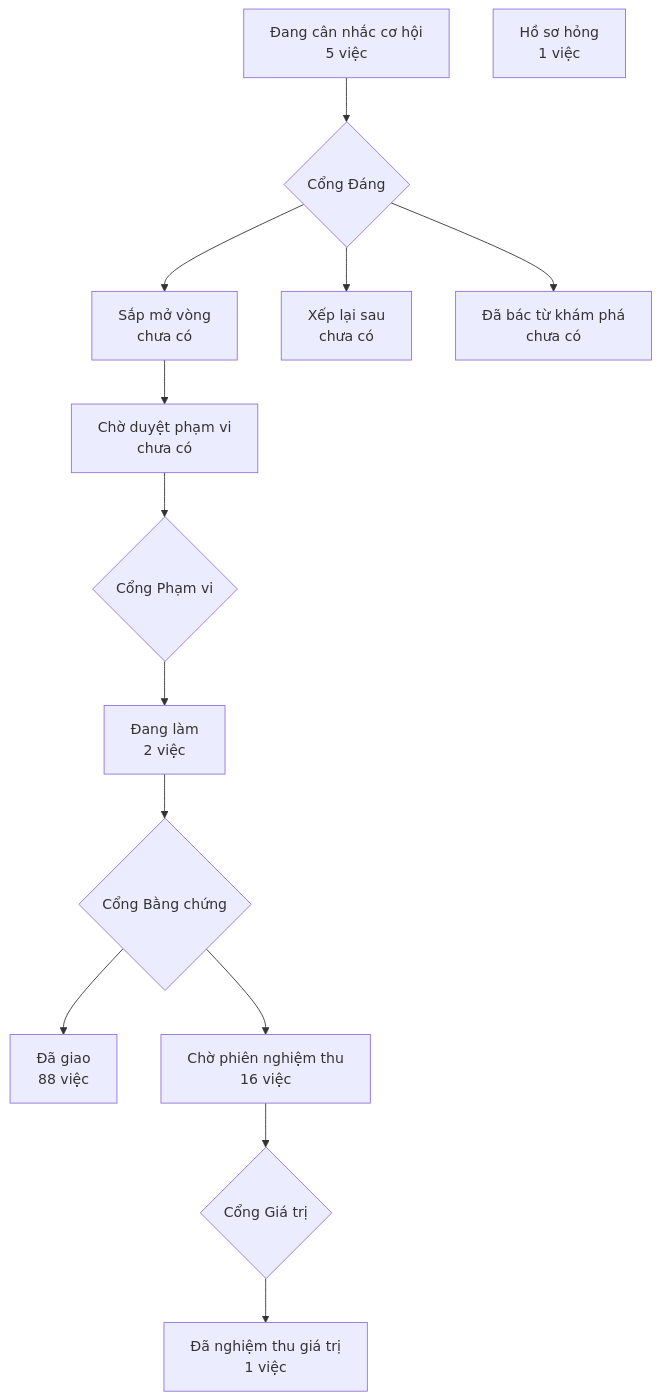
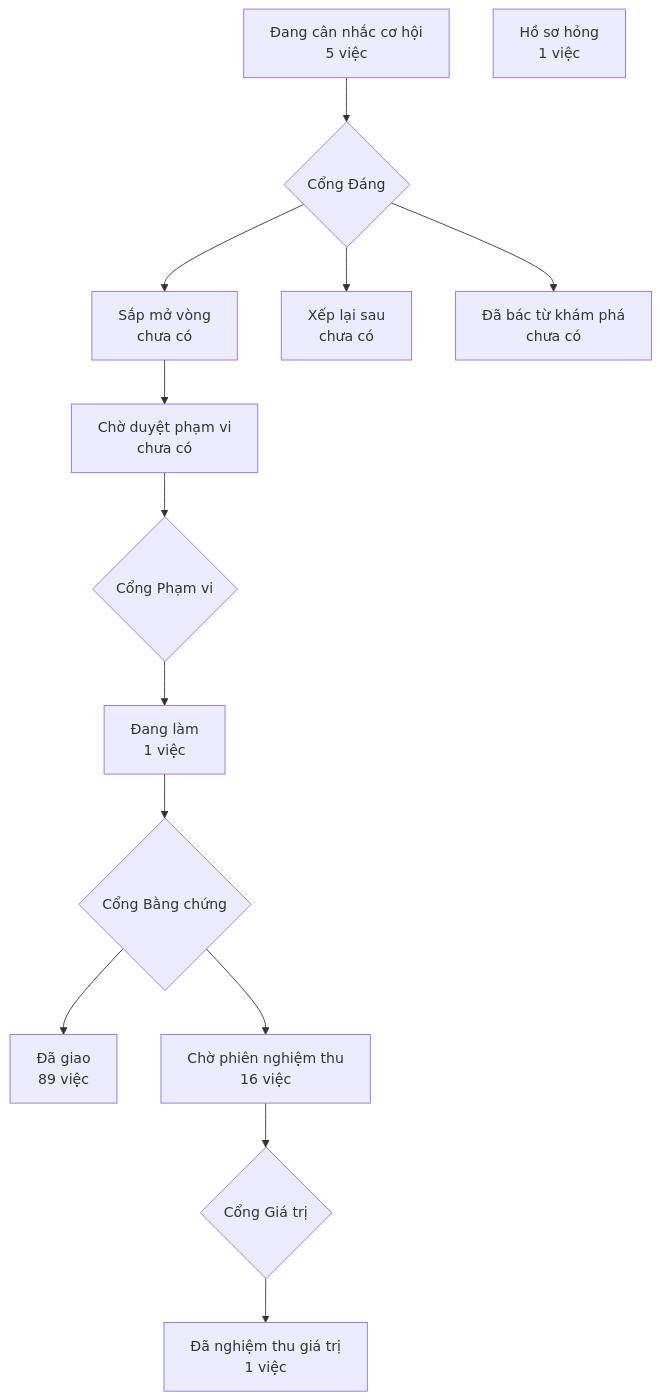
One commit to phanlemanh/crm-onehub changed the diagram in PRODUCT-MAP.md. Above: the diagram before and after it, drawn with Mermaid. The commit also changed 6 other files, not shown here.

````diff
--- a/PRODUCT-MAP.md
+++ b/PRODUCT-MAP.md
@@ -6,13 +6,13 @@
 ```mermaid
 flowchart TD
   A["Đang cân nhắc cơ hội<br/>5 việc"] --> GD{"Cổng Đáng"}
   GD --> B["Sắp mở vòng<br/>chưa có"]
   GD --> XL["Xếp lại sau<br/>chưa có"]
   GD --> DB["Đã bác từ khám phá<br/>chưa có"]
   B --> CD["Chờ duyệt phạm vi<br/>chưa có"] --> GP{"Cổng Phạm vi"}
-  GP --> DL["Đang làm<br/>2 việc"] --> GB{"Cổng Bằng chứng"}
-  GB --> DG["Đã giao<br/>88 việc"]
+  GP --> DL["Đang làm<br/>1 việc"] --> GB{"Cổng Bằng chứng"}
+  GB --> DG["Đã giao<br/>89 việc"]
   GB --> CN["Chờ phiên nghiệm thu<br/>16 việc"] --> GG{"Cổng Giá trị"}
   GG --> NT["Đã nghiệm thu giá trị<br/>1 việc"]
   HS["Hồ sơ hỏng<br/>1 việc"]
 ```
````
